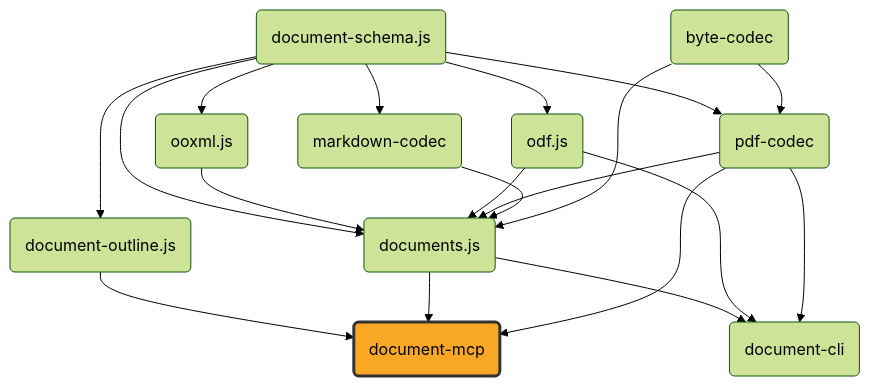
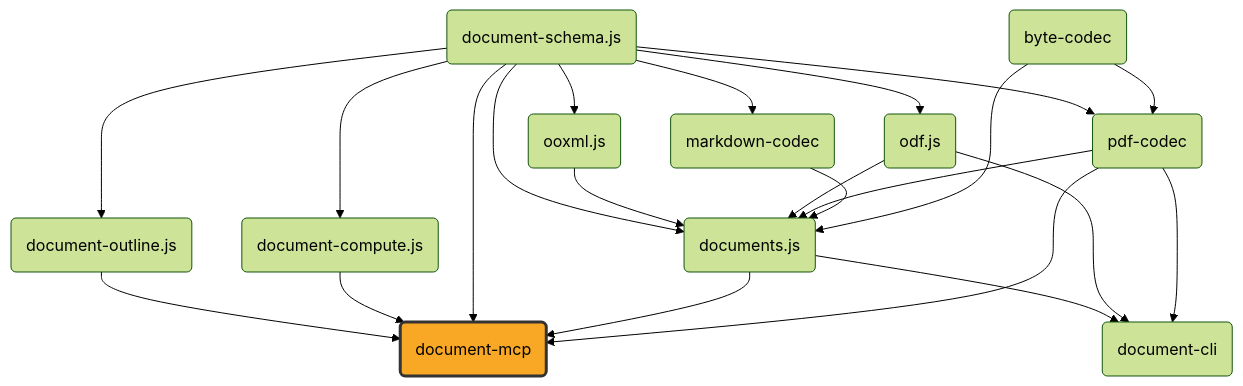
One commit to ExaDev/documents.js changed the diagram in packages/document-mcp/README.md. Above: the diagram before and after it, drawn with Mermaid (forest theme). The commit also changed other lines of this file, not shown here.

First line of the commit message:
docs(document-mcp): document the compute_formula tool

````diff
--- a/packages/document-mcp/README.md
+++ b/packages/document-mcp/README.md
@@ -9,45 +9,50 @@
 ```mermaid
 graph TD
     schema("document-schema.js")
     ooxml("ooxml.js")
     odf("odf.js")
     pdfcodec("pdf-codec")
     mdcodec("markdown-codec")
     bytecodec("byte-codec")
     documents("documents.js")
     outline("document-outline.js")
+    compute("document-compute.js")
     mcp("document-mcp")
     cli("document-cli")
 
     schema --> outline
     outline --> mcp
+    schema --> compute
+    compute --> mcp
+    schema --> mcp
     schema --> ooxml
     schema --> odf
     schema --> pdfcodec
     schema --> mdcodec
     schema --> documents
     ooxml --> documents
     odf --> documents
     pdfcodec --> documents
     mdcodec --> documents
     bytecodec --> pdfcodec
     bytecodec --> documents
     documents --> mcp
     pdfcodec --> mcp
     documents --> cli
     odf --> cli
     pdfcodec --> cli
 
     click schema "https://github.com/ExaDev/documents.js/tree/main/packages/document-schema.js" "document-schema.js"
     click ooxml "https://github.com/ExaDev/documents.js/tree/main/packages/ooxml.js" "ooxml.js"
     click odf "https://github.com/ExaDev/documents.js/tree/main/packages/odf.js" "odf.js"
     click pdfcodec "https://github.com/ExaDev/documents.js/tree/main/packages/pdf-codec" "pdf-codec"
     click mdcodec "https://github.com/ExaDev/documents.js/tree/main/packages/markdown-codec" "markdown-codec"
     click bytecodec "https://github.com/ExaDev/documents.js/tree/main/packages/byte-codec" "byte-codec"
     click documents "https://github.com/ExaDev/documents.js" "documents.js"
     click outline "https://github.com/ExaDev/documents.js/tree/main/packages/document-outline.js" "document-outline.js"
+    click compute "https://github.com/ExaDev/documents.js/tree/main/packages/document-compute.js" "document-compute.js"
     click mcp "https://github.com/ExaDev/documents.js/tree/main/packages/document-mcp" "document-mcp"
     click cli "https://github.com/ExaDev/documents.js/tree/main/packages/document-cli" "document-cli"
 
     style mcp fill:#f9a825,stroke:#333,stroke-width:3px
 ```
````
